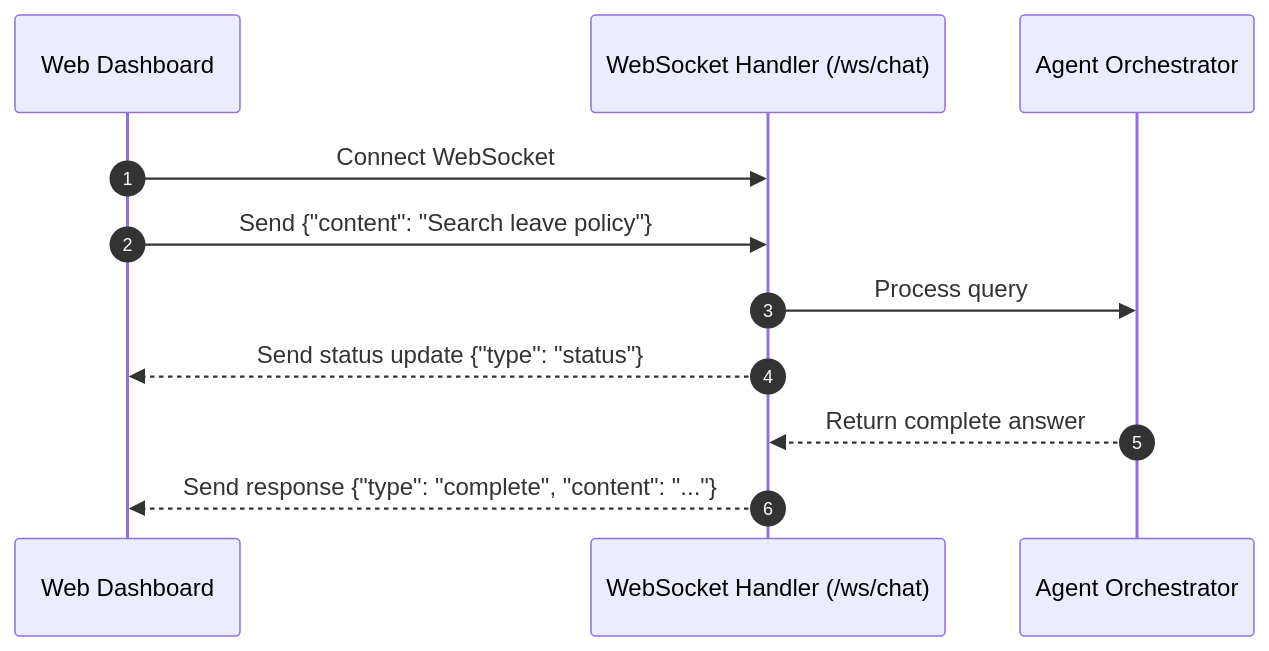
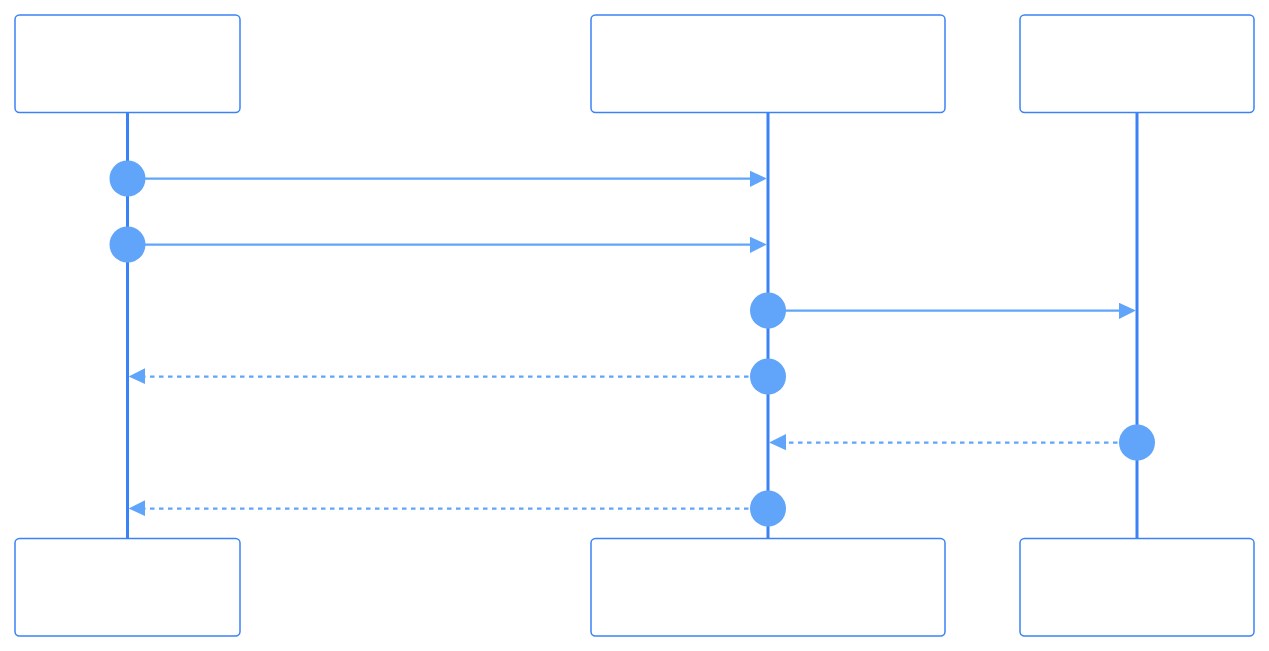
Before and after one commit to gemphi/phiant: the second of 2 diagrams in docs/websockets.md, drawn with Mermaid. The commit also changed other lines of this file and 84 other files, not shown here.

Commit message:
docs: enforce crisp high-contrast white text across all 81 Mermaid diagrams and add comprehensive READMEs to all repository folders

````diff
--- a/docs/websockets.md
+++ b/docs/websockets.md
@@ -42,14 +43,15 @@
 ```mermaid
+%%{init: {'theme': 'base', 'themeVariables': {'background': 'transparent', 'actorBkg': 'transparent', 'actorBorder': '#3b82f6', 'actorTextColor': '#ffffff', 'signalColor': '#60a5fa', 'signalTextColor': '#ffffff', 'labelBoxBkgColor': 'transparent', 'labelBoxBorderColor': '#475569'}}}%%
 sequenceDiagram
     autonumber
     participant UI as Web Dashboard
     participant WS as WebSocket Handler (/ws/chat)
     participant Agent as Agent Orchestrator
 
     UI->>WS: Connect WebSocket
     UI->>WS: Send {"content": "Search leave policy"}
     WS->>Agent: Process query
     WS-->>UI: Send status update {"type": "status"}
     Agent-->>WS: Return complete answer
     WS-->>UI: Send response {"type": "complete", "content": "..."}
 ```
````
